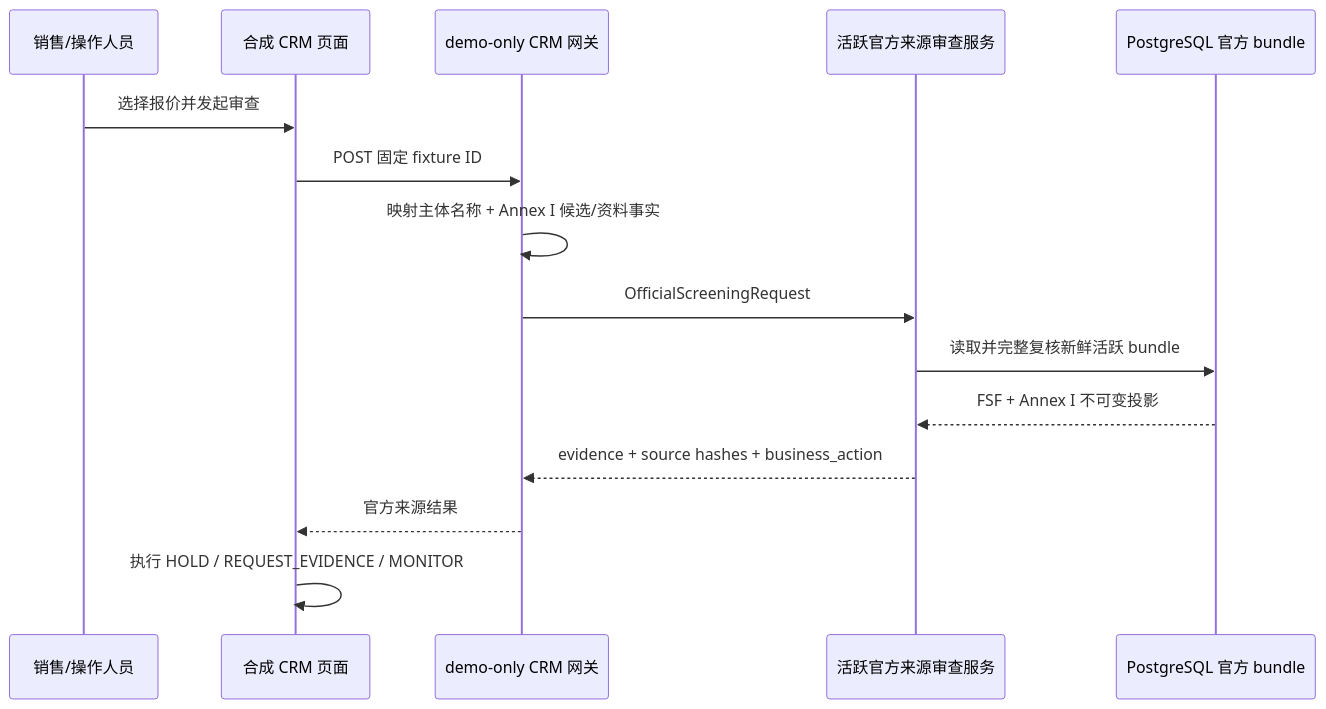
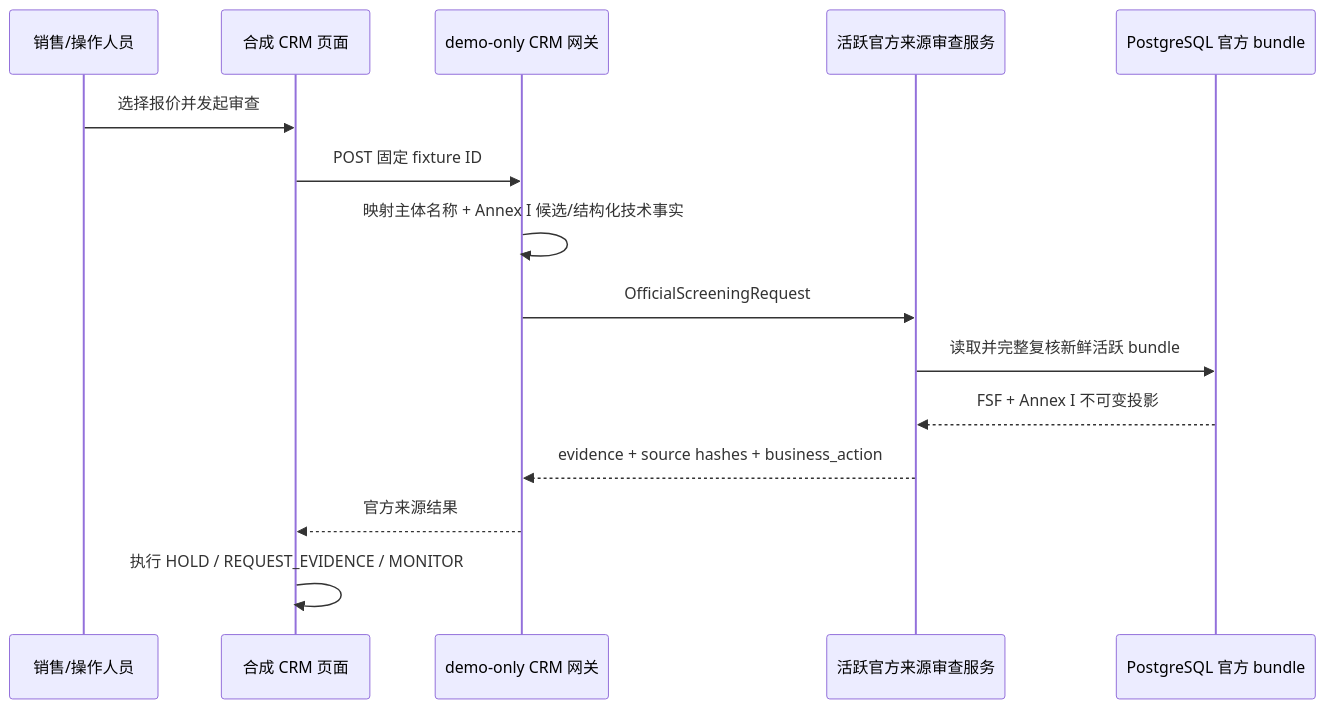
The diagram in docs/getting-started/demo-crm.md (fyaic/TradeSieve), drawn with Mermaid before and after one commit. The commit also changed other lines of this file and 17 other files, not shown here.

````diff
--- a/docs/getting-started/demo-crm.md
+++ b/docs/getting-started/demo-crm.md
@@ -67,18 +68,18 @@
 ```mermaid
 sequenceDiagram
     participant User as 销售/操作人员
     participant CRM as 合成 CRM 页面
     participant Demo as demo-only CRM 网关
     participant Service as 活跃官方来源审查服务
     participant DB as PostgreSQL 官方 bundle
 
     User->>CRM: 选择报价并发起审查
     CRM->>Demo: POST 固定 fixture ID
-    Demo->>Demo: 映射主体名称 + Annex I 候选/资料事实
+    Demo->>Demo: 映射主体名称 + Annex I 候选/结构化技术事实
     Demo->>Service: OfficialScreeningRequest
     Service->>DB: 读取并完整复核新鲜活跃 bundle
     DB-->>Service: FSF + Annex I 不可变投影
     Service-->>Demo: evidence + source hashes + business_action
     Demo-->>CRM: 官方来源结果
     CRM->>CRM: 执行 HOLD / REQUEST_EVIDENCE / MONITOR
 ```
````
